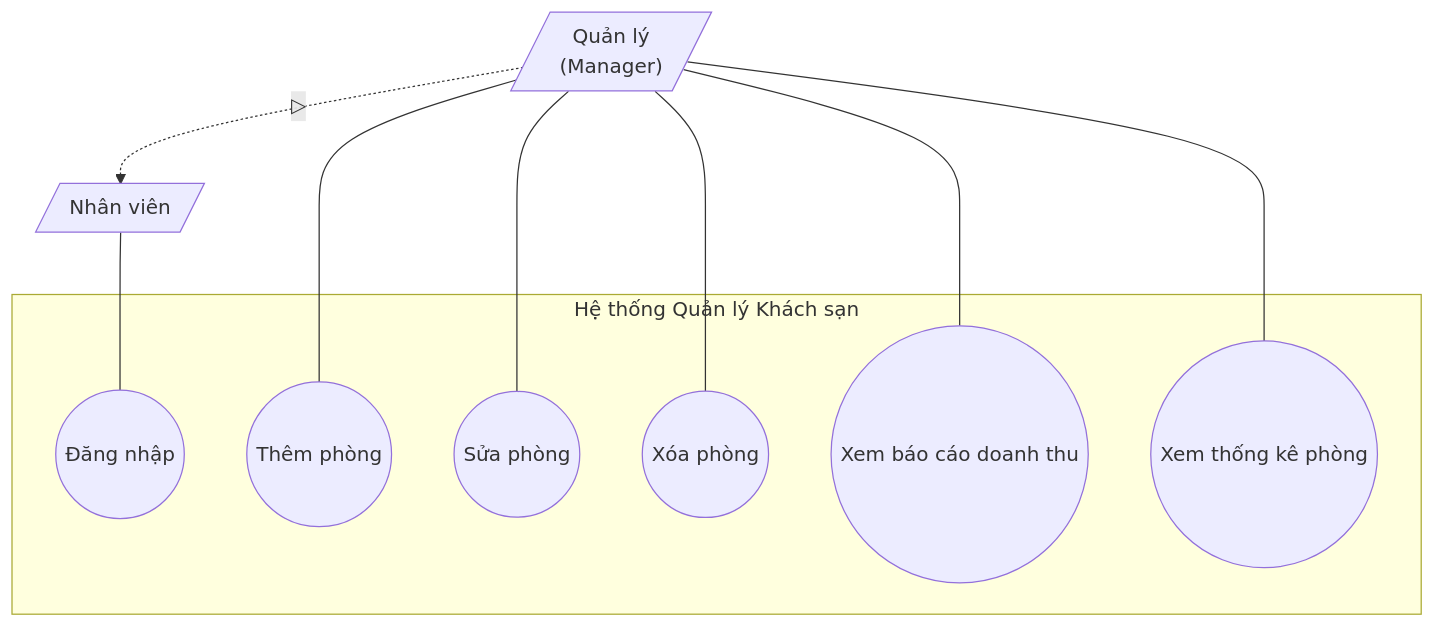
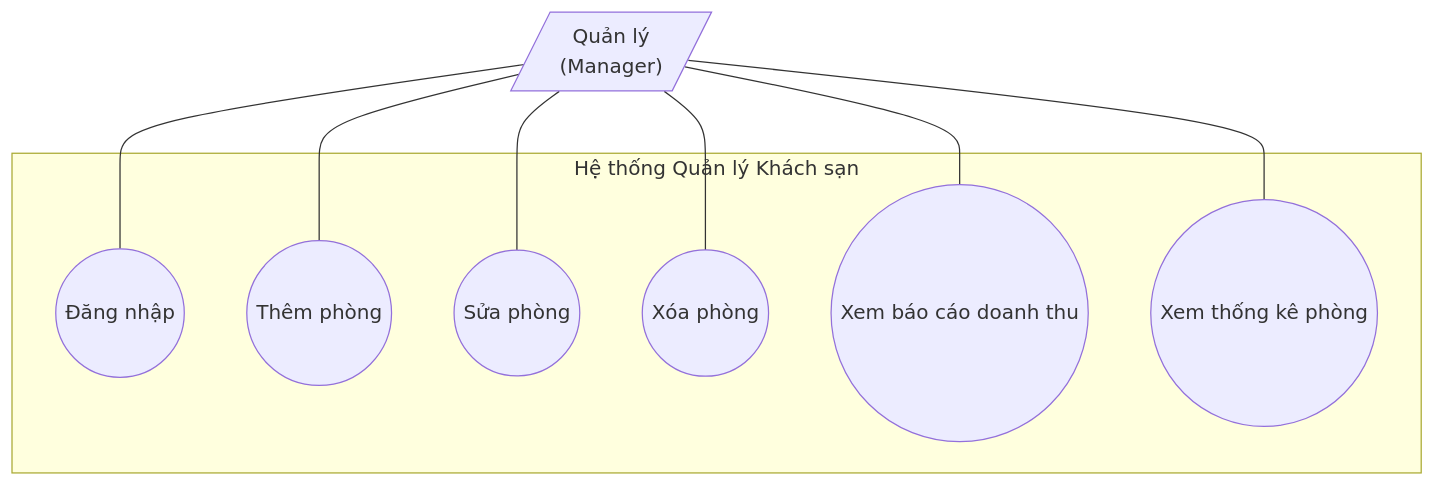
One commit to IvanLyVodka11/hotel-management changed the third of 11 diagrams in docs/BaoCao_HotelManagement.md. Above: the diagram before and after it, drawn with Mermaid. The commit also changed other lines of this file and 1 other file, not shown here.

````diff
--- a/docs/BaoCao_HotelManagement.md
+++ b/docs/BaoCao_HotelManagement.md
@@ -229,28 +207,22 @@
 ```mermaid
 flowchart TB
     subgraph System["Hệ thống Quản lý Khách sạn"]
         UC1((Đăng nhập))
         UC2((Thêm phòng))
         UC3((Sửa phòng))
         UC4((Xóa phòng))
         UC5((Xem báo cáo doanh thu))
         UC6((Xem thống kê phòng))
     end
     
-    %% Actor cha và con
-    NV[/"Nhân viên"/]
+    %% Actor Quản lý (Role: MANAGER)
     QL[/"Quản lý<br/>(Manager)"/]
     
-    %% Generalization
-    QL -.->|▷| NV
-    
-    %% Actor cha nối với Use Case chung
-    NV --- UC1
-    
-    %% Actor Quản lý nối TRỰC TIẾP với từng Use Case
+    %% Quản lý nối TRỰC TIẾP với tất cả Use Case
+    QL --- UC1
     QL --- UC2
     QL --- UC3
     QL --- UC4
     QL --- UC5
     QL --- UC6
 ```
````
